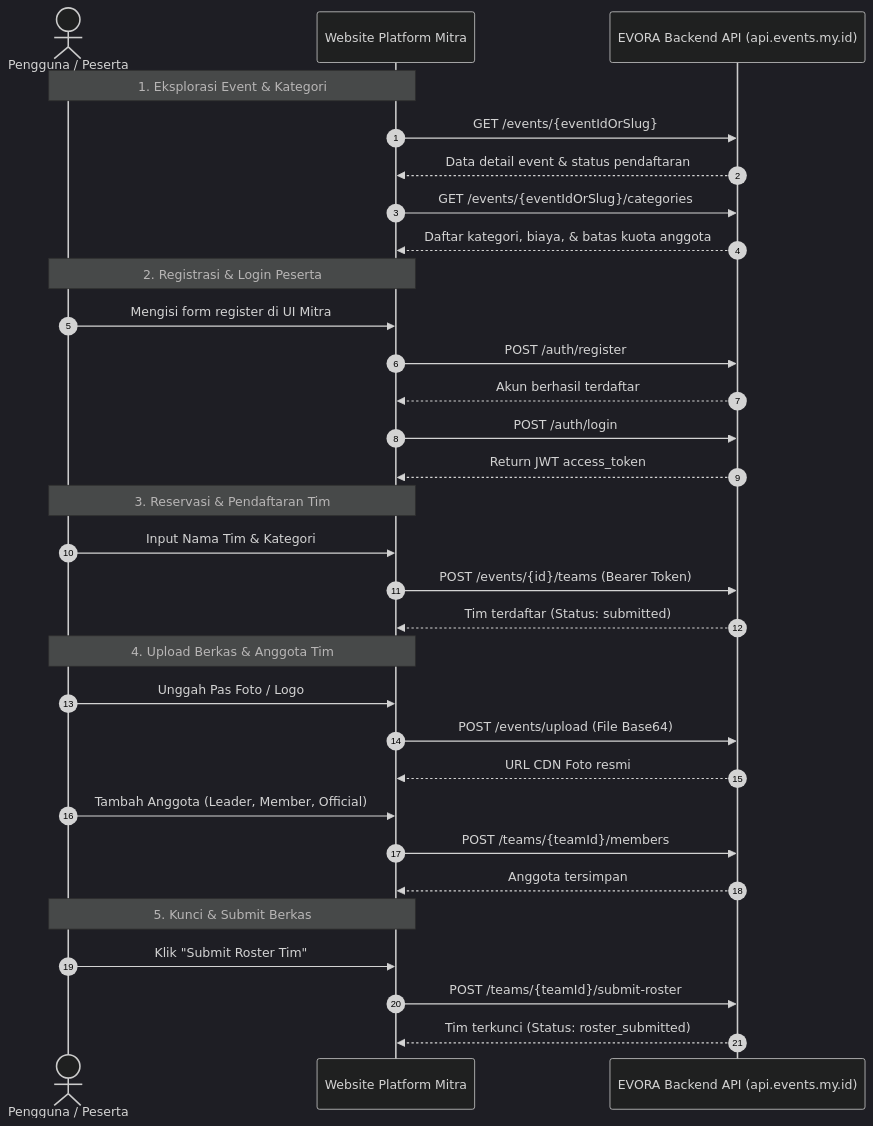
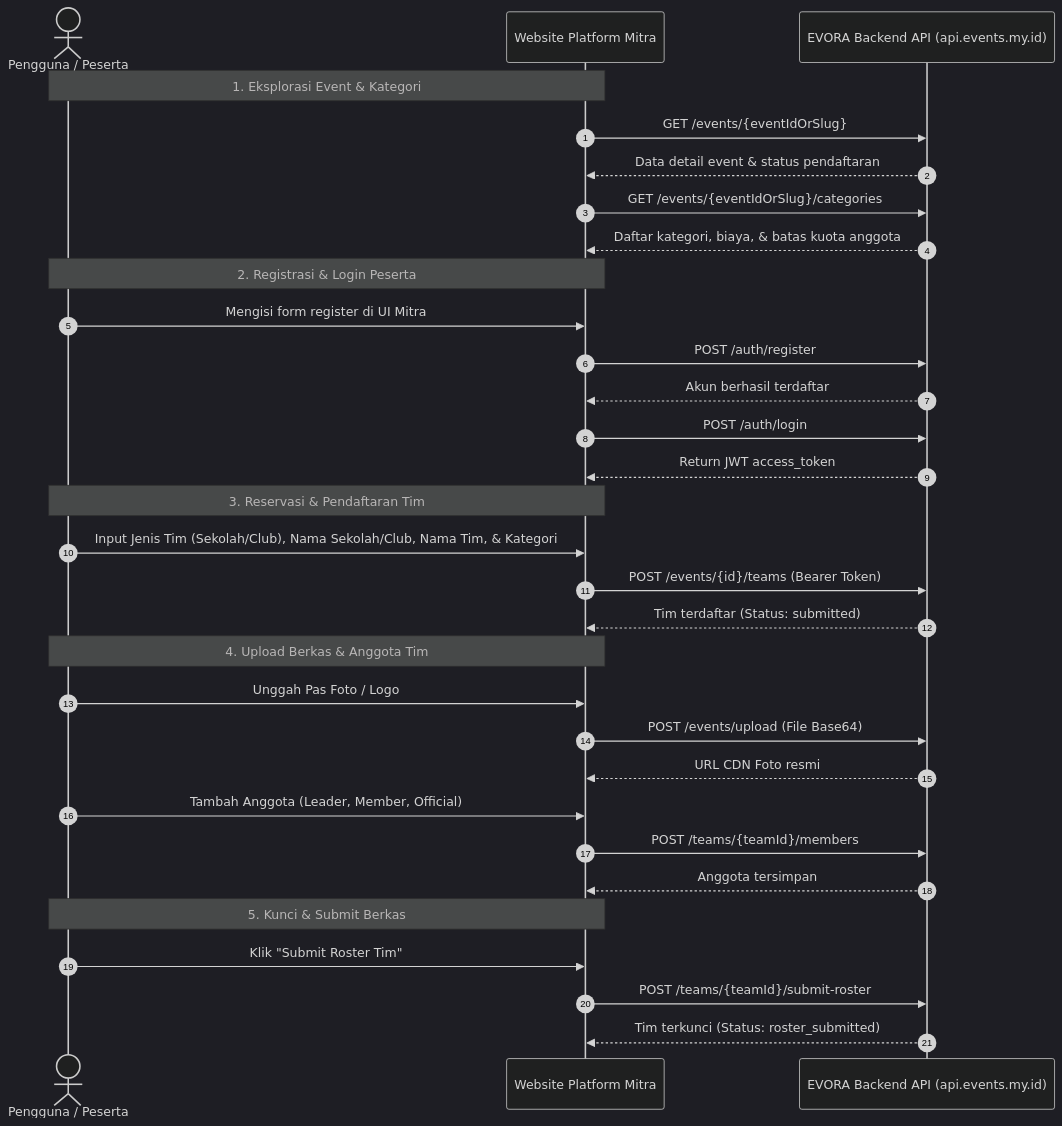
The diagram in docs/PANDUAN-INTEGRASI-API-PLATFORM-LUAR.md (YosuaTriantara/dwiparadwisma), drawn with Mermaid (dark theme) before and after one commit. The commit also changed other lines of this file and 27 other files, not shown here.

````diff
--- a/docs/PANDUAN-INTEGRASI-API-PLATFORM-LUAR.md
+++ b/docs/PANDUAN-INTEGRASI-API-PLATFORM-LUAR.md
@@ -14,38 +14,38 @@
 ```mermaid
 sequenceDiagram
     autonumber
     actor Peserta as Pengguna / Peserta
     participant Mitra as Website Platform Mitra
     participant EVORA as EVORA Backend API (api.events.my.id)
 
     Note over Peserta,Mitra: 1. Eksplorasi Event & Kategori
     Mitra->>EVORA: GET /events/{eventIdOrSlug}
     EVORA-->>Mitra: Data detail event & status pendaftaran
     Mitra->>EVORA: GET /events/{eventIdOrSlug}/categories
     EVORA-->>Mitra: Daftar kategori, biaya, & batas kuota anggota
 
     Note over Peserta,Mitra: 2. Registrasi & Login Peserta
     Peserta->>Mitra: Mengisi form register di UI Mitra
     Mitra->>EVORA: POST /auth/register
     EVORA-->>Mitra: Akun berhasil terdaftar
     Mitra->>EVORA: POST /auth/login
     EVORA-->>Mitra: Return JWT access_token
 
     Note over Peserta,Mitra: 3. Reservasi & Pendaftaran Tim
-    Peserta->>Mitra: Input Nama Tim & Kategori
+    Peserta->>Mitra: Input Jenis Tim (Sekolah/Club), Nama Sekolah/Club, Nama Tim, & Kategori
     Mitra->>EVORA: POST /events/{id}/teams (Bearer Token)
     EVORA-->>Mitra: Tim terdaftar (Status: submitted)
 
     Note over Peserta,Mitra: 4. Upload Berkas & Anggota Tim
     Peserta->>Mitra: Unggah Pas Foto / Logo
     Mitra->>EVORA: POST /events/upload (File Base64)
     EVORA-->>Mitra: URL CDN Foto resmi
     Peserta->>Mitra: Tambah Anggota (Leader, Member, Official)
     Mitra->>EVORA: POST /teams/{teamId}/members
     EVORA-->>Mitra: Anggota tersimpan
 
     Note over Peserta,Mitra: 5. Kunci & Submit Berkas
     Peserta->>Mitra: Klik "Submit Roster Tim"
     Mitra->>EVORA: POST /teams/{teamId}/submit-roster
     EVORA-->>Mitra: Tim terkunci (Status: roster_submitted)
 ```
````
